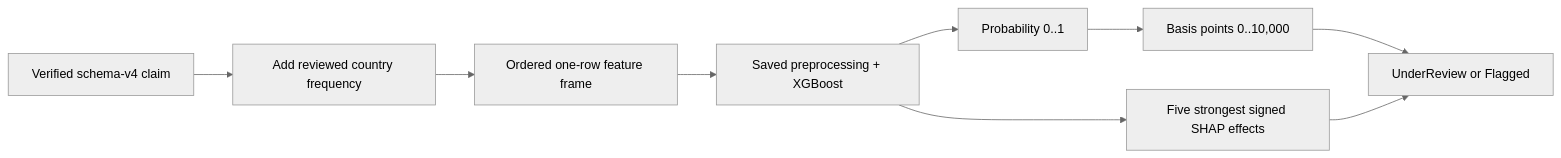
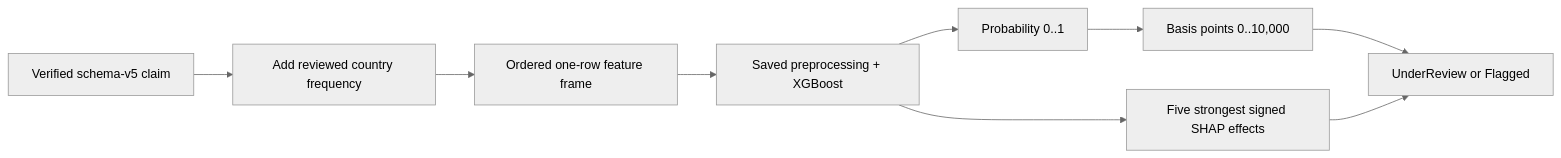
One commit to ganesh1997oli/Decentralized-Claims-Registry changed the second of 2 diagrams in packages/model/README.md. Above: the diagram before and after it, drawn with Mermaid (neutral theme). The commit also changed other lines of this file and 67 other files, not shown here.

````diff
--- a/packages/model/README.md
+++ b/packages/model/README.md
@@ -76,11 +76,11 @@
 ```mermaid
 flowchart LR
-    Claim["Verified schema-v4 claim"] --> Enrich["Add reviewed country frequency"]
+    Claim["Verified schema-v5 claim"] --> Enrich["Add reviewed country frequency"]
     Enrich --> Frame["Ordered one-row feature frame"]
     Frame --> Pipeline["Saved preprocessing + XGBoost"]
     Pipeline --> Probability["Probability 0..1"]
     Pipeline --> LocalSHAP["Five strongest signed SHAP effects"]
     Probability --> Basis["Basis points 0..10,000"]
     Basis --> Result["UnderReview or Flagged"]
     LocalSHAP --> Result
 ```
````
